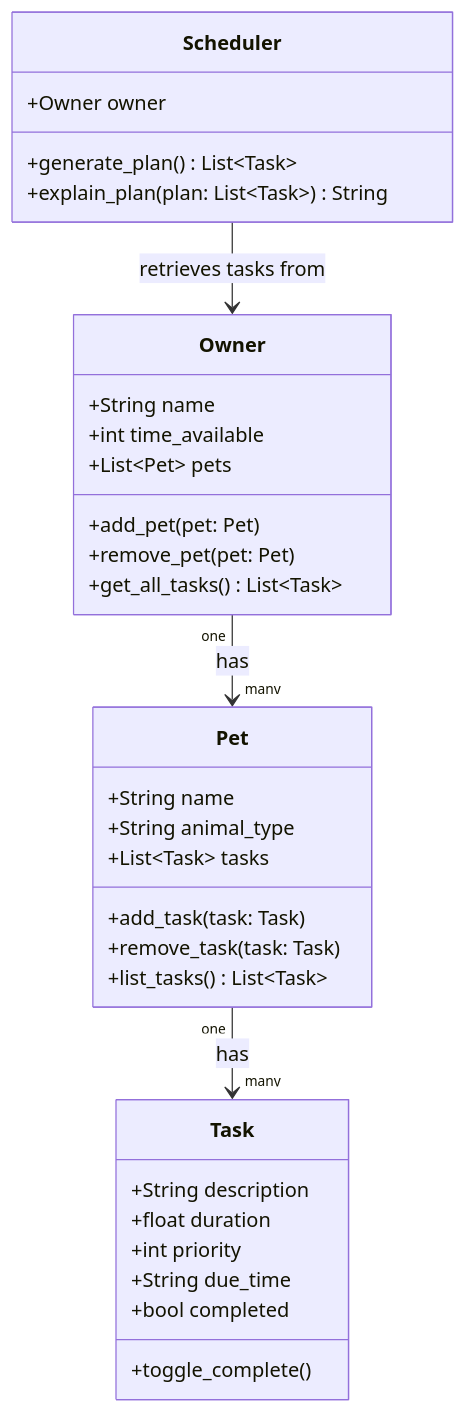
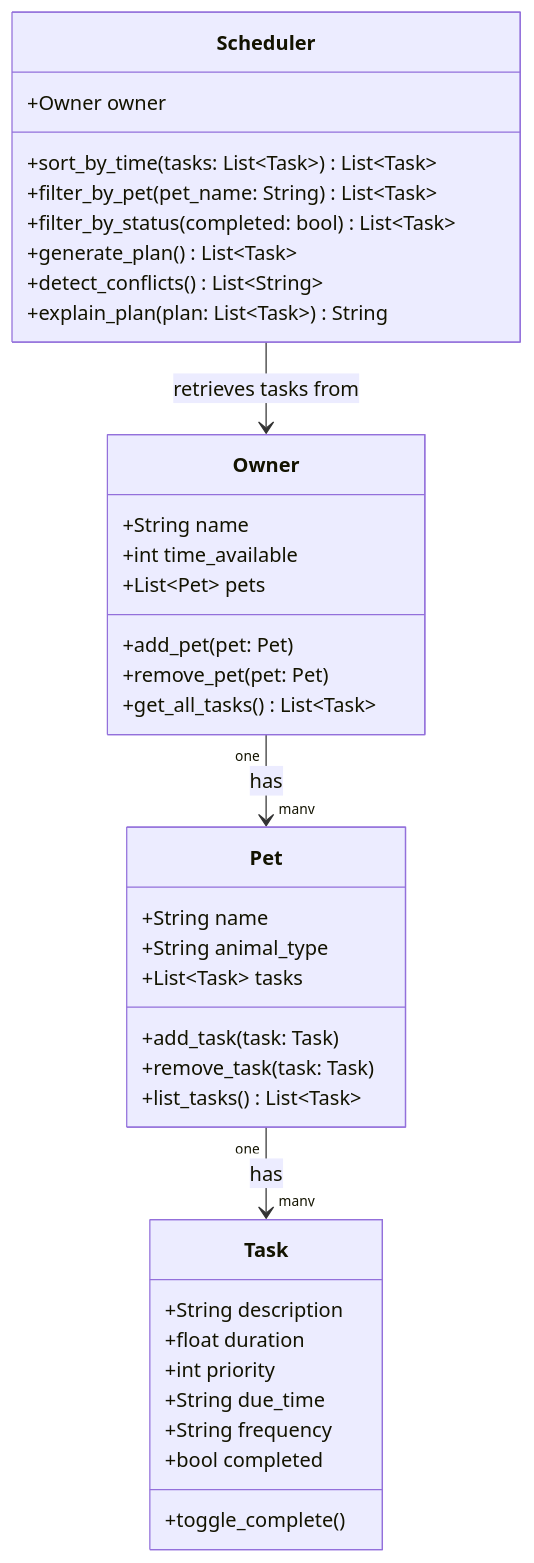
One commit to seancnc003/ai110-module2show-pawpal-starter changed the diagram in UML.mermaid. Above: the diagram before and after it, drawn with Mermaid. The commit also changed 6 other files, not shown here.

Commit message:
feat: finalize UI, UML, README, and reflection for submission

```diff
--- a/UML.mermaid
+++ b/UML.mermaid
@@ -1,37 +1,42 @@
 classDiagram
     class Task {
         +String description
         +float duration
         +int priority
         +String due_time
+        +String frequency
         +bool completed
         +toggle_complete()
     }
 
     class Pet {
         +String name
         +String animal_type
         +List~Task~ tasks
         +add_task(task: Task)
         +remove_task(task: Task)
         +list_tasks() List~Task~
     }
 
     class Owner {
         +String name
         +int time_available
         +List~Pet~ pets
         +add_pet(pet: Pet)
         +remove_pet(pet: Pet)
         +get_all_tasks() List~Task~
     }
 
     class Scheduler {
         +Owner owner
+        +sort_by_time(tasks: List~Task~) List~Task~
+        +filter_by_pet(pet_name: String) List~Task~
+        +filter_by_status(completed: bool) List~Task~
         +generate_plan() List~Task~
+        +detect_conflicts() List~String~
         +explain_plan(plan: List~Task~) String
     }
 
     Owner "one" --> "many" Pet : has
     Pet "one" --> "many" Task : has
     Scheduler --> Owner : retrieves tasks from
```
